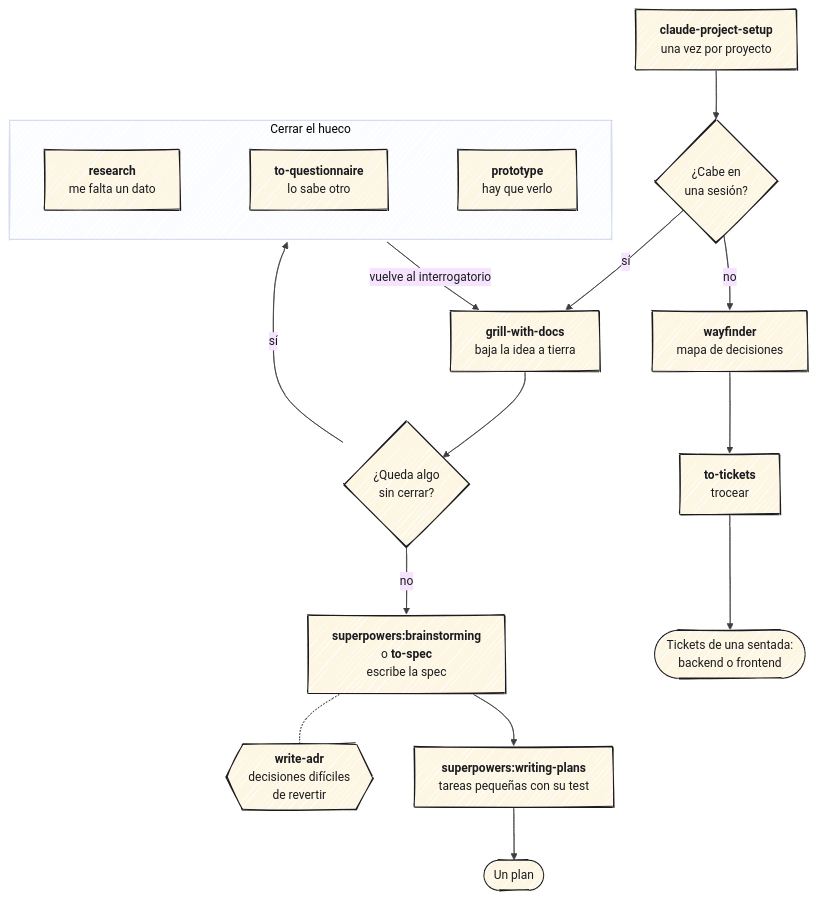
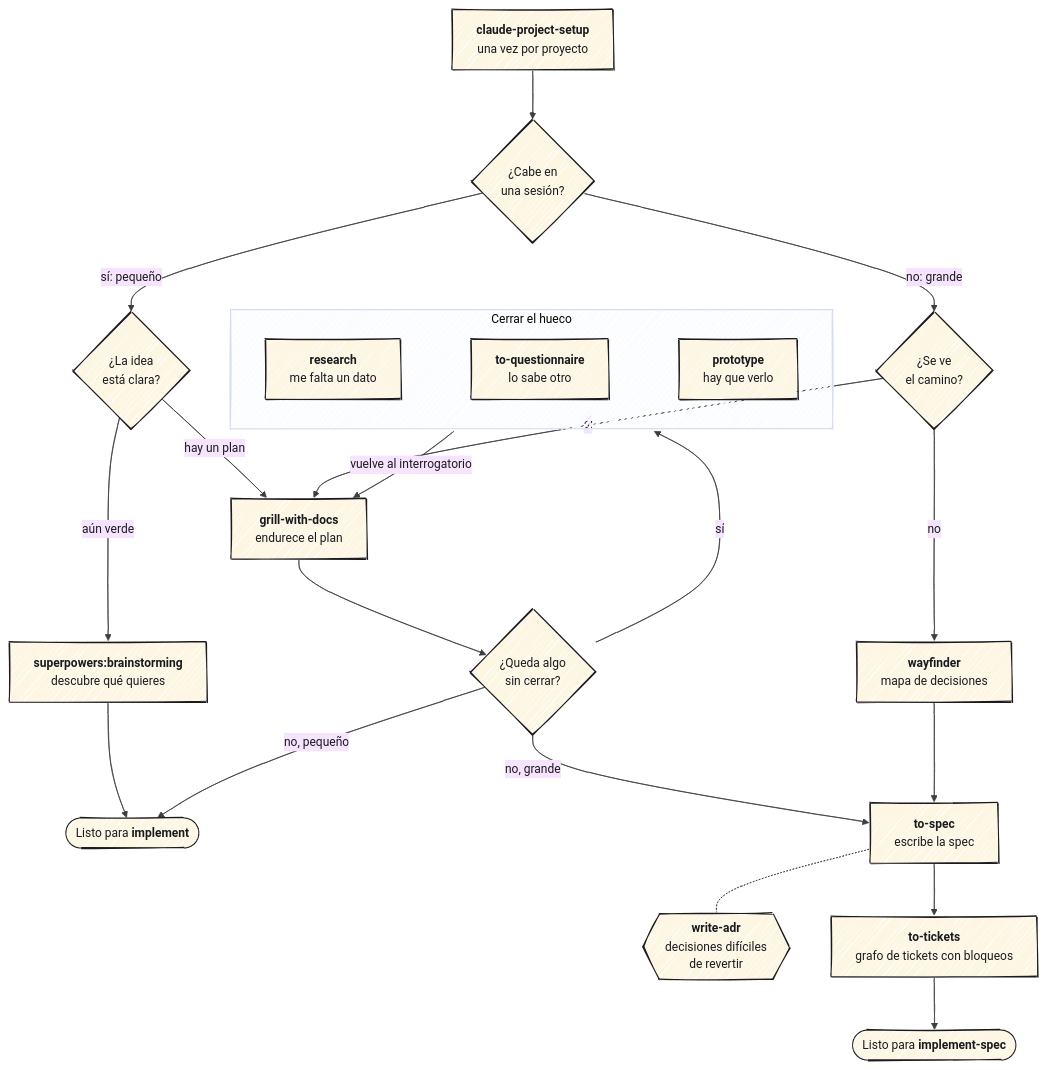
One commit to damiangilgonzalez1995/rsc-harness changed the diagram in docs/img/01-planificar.mmd. Above: the diagram before and after it, drawn with Mermaid. The commit also changed 14 other files, not shown here.

First line of the commit message:
📝 docs(flujo): mapa de implementación por tamaño y guías sin writing-plans ni executing-plans

```diff
--- a/docs/img/01-planificar.mmd
+++ b/docs/img/01-planificar.mmd
@@ -1,45 +1,49 @@
 ---
 config:
   look: handDrawn
   handDrawnSeed: 7
   theme: base
   themeVariables:
     fontFamily: "Segoe UI, sans-serif"
     fontSize: "15px"
     primaryColor: "#FDF6E3"
     primaryTextColor: "#1b1b1f"
     primaryBorderColor: "#1b1b1f"
     lineColor: "#3d3d42"
   flowchart:
     curve: basis
     nodeSpacing: 50
     rankSpacing: 60
 ---
 
 flowchart TD
     C["<b>claude-project-setup</b><br/>una vez por proyecto"] --> W{"¿Cabe en<br/>una sesión?"}
 
-    W -->|sí| G["<b>grill-with-docs</b><br/>baja la idea a tierra"]
-    W -->|no| WF["<b>wayfinder</b><br/>mapa de decisiones"]
+    W -->|"sí: pequeño"| V{"¿La idea<br/>está clara?"}
+    V -->|"aún verde"| BS["<b>superpowers:brainstorming</b><br/>descubre qué quieres"]
+    V -->|"hay un plan"| G["<b>grill-with-docs</b><br/>endurece el plan"]
+    BS --> OUT(["Listo para <b>implement</b>"])
+
+    W -->|"no: grande"| B{"¿Se ve<br/>el camino?"}
+    B -->|sí| G
+    B -->|no| WF["<b>wayfinder</b><br/>mapa de decisiones"]
 
     G --> A{"¿Queda algo<br/>sin cerrar?"}
 
     subgraph ACL["Cerrar el hueco"]
         direction LR
         R["<b>research</b><br/>me falta un dato"]
         TQ["<b>to-questionnaire</b><br/>lo sabe otro"]
         PR["<b>prototype</b><br/>hay que verlo"]
         R ~~~ TQ ~~~ PR
     end
 
     A -->|sí| ACL
     ACL -->|"vuelve al interrogatorio"| G
 
-    A -->|no| S["<b>superpowers:brainstorming</b><br/>o <b>to-spec</b><br/>escribe la spec"]
+    A -->|"no, pequeño"| OUT
+    A -->|"no, grande"| S["<b>to-spec</b><br/>escribe la spec"]
+    WF --> S
     S -.- ADR{{"<b>write-adr</b><br/>decisiones difíciles<br/>de revertir"}}
-
-    S --> PL["<b>superpowers:writing-plans</b><br/>tareas pequeñas con su test"]
-    PL --> OUT(["Un plan"])
-
-    WF --> TT["<b>to-tickets</b><br/>trocear"]
-    TT --> OUT2(["Tickets de una sentada:<br/>backend o frontend"])
+    S --> TT["<b>to-tickets</b><br/>grafo de tickets con bloqueos"]
+    TT --> OUT2(["Listo para <b>implement-spec</b>"])
```
